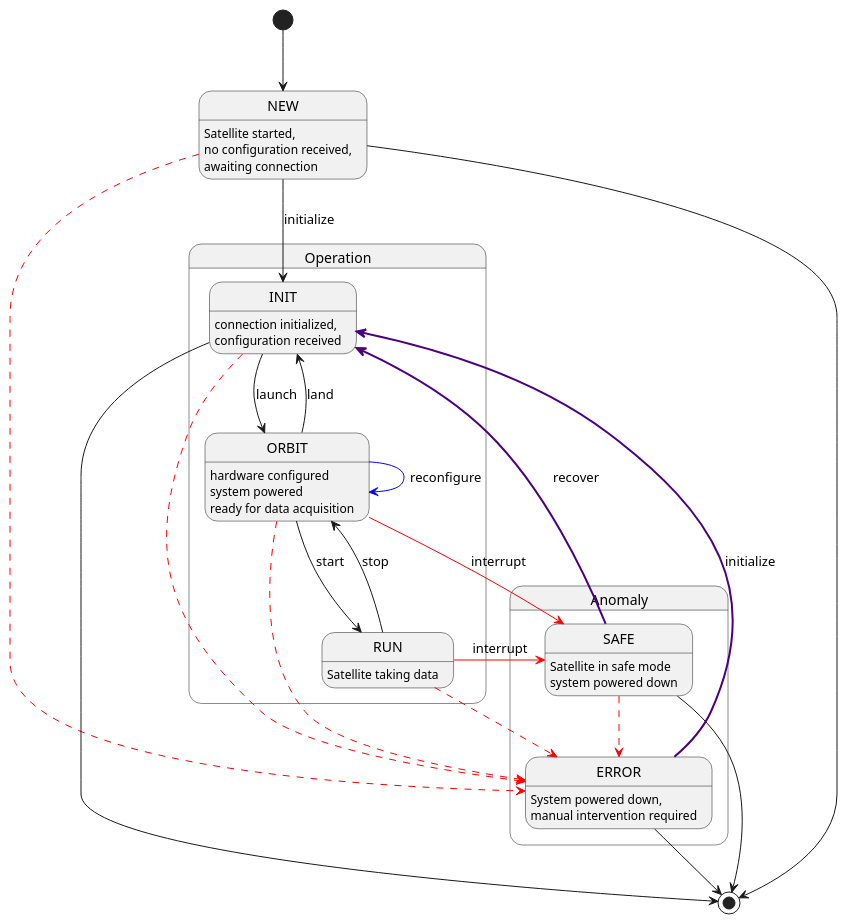
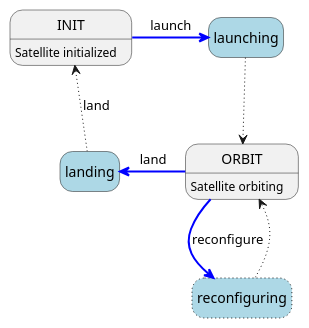
One commit to constellation-daq/Constellation changed the second of 2 diagrams in docs/manual/concepts/satellite.md. Above: the diagram before and after it, drawn with PlantUML. The commit also changed other lines of this file, not shown here.

Commit message:
docs/concepts: continue w/ failure modes

````diff
--- a/docs/manual/concepts/satellite.md
+++ b/docs/manual/concepts/satellite.md
@@ -86,36 +76,19 @@
 ```plantuml
 @startuml
-State NEW : Satellite started,\nno configuration received,\nawaiting connection
-State Anomaly {
-State ERROR : System powered down,\nmanual intervention required
-State SAFE: Satellite in safe mode\nsystem powered down
-}
-State Operation {
-State INIT : connection initialized,\nconfiguration received
-State ORBIT : hardware configured\nsystem powered\nready for data acquisition
-State RUN : Satellite taking data
-}
+hide empty description
 
-'Entry/Exit'
-[*] --> NEW
-NEW --> [*]
-NEW --> INIT : initialize
-NEW -[#red,dashed]-> ERROR
-ORBIT --> INIT : land
-INIT --> ORBIT : launch
-INIT -[#red,dashed]-> ERROR
-INIT -> [*]
-ORBIT -[#blue]-> ORBIT : reconfigure
-ORBIT -[#red,dashed]-> ERROR
-RUN --> ORBIT : stop
-ORBIT --> RUN : start
-ORBIT -[#red]-> SAFE : interrupt
-RUN -[#red,dashed]-> ERROR
-RUN -[#red]-> SAFE : interrupt
-SAFE -[#indigo,bold]-> INIT : recover
-SAFE -[#red,dashed]-> ERROR
-SAFE --> [*]
-ERROR -[#indigo,bold]-> INIT : initialize
-ERROR --> [*]
+State INIT : Satellite initialized
+State launching #lightblue
+State landing #lightblue
+State ORBIT : Satellite orbiting
+State reconfiguring #lightblue##[dotted]
+
+INIT -right[#blue,bold]-> launching : launch
+launching -down[dotted]-> ORBIT
+ORBIT -left[#blue,bold]-> landing : land
+landing -up[dotted]-> INIT : land
+
+ORBIT -[#blue,bold]down-> reconfiguring : reconfigure
+reconfiguring -[dotted]up-> ORBIT
 @enduml
 ```
````
